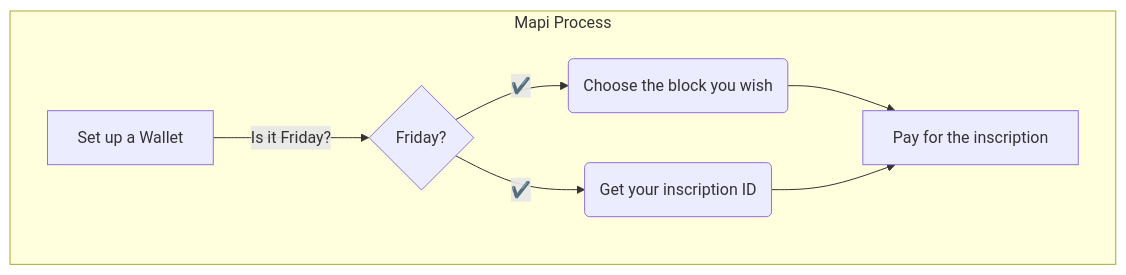
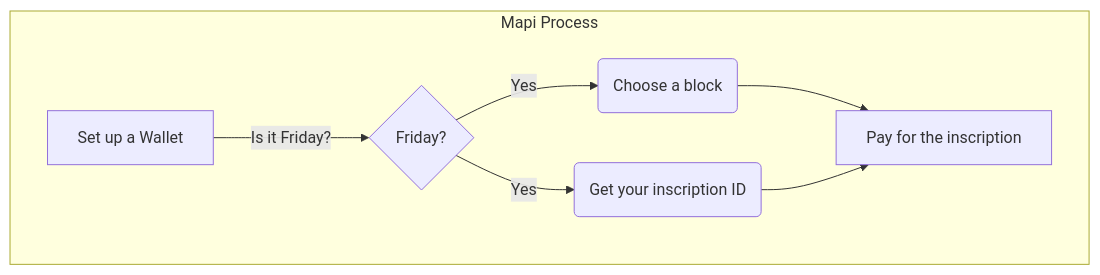
One commit to 3D4D5D/3D4D5D changed the diagram in README.md. Above: the diagram before and after it, drawn with Mermaid.

````diff
--- a/README.md
+++ b/README.md
@@ -18,11 +18,12 @@
 ```mermaid
 graph TD
   subgraph Mapi Process
     A[Set up a Wallet] -->|Is it Friday?| B{Friday?}
-    B -- ✔️ --> C(Choose the block you wish)
-    B -- ✔️ --> D(Get your inscription ID)
+    B -- Yes --> C(Choose a block)
+    B -- Yes --> D(Get your inscription ID)
     C --> E[Pay for the inscription]
     D --> E
   end
 
+
 ```
````
